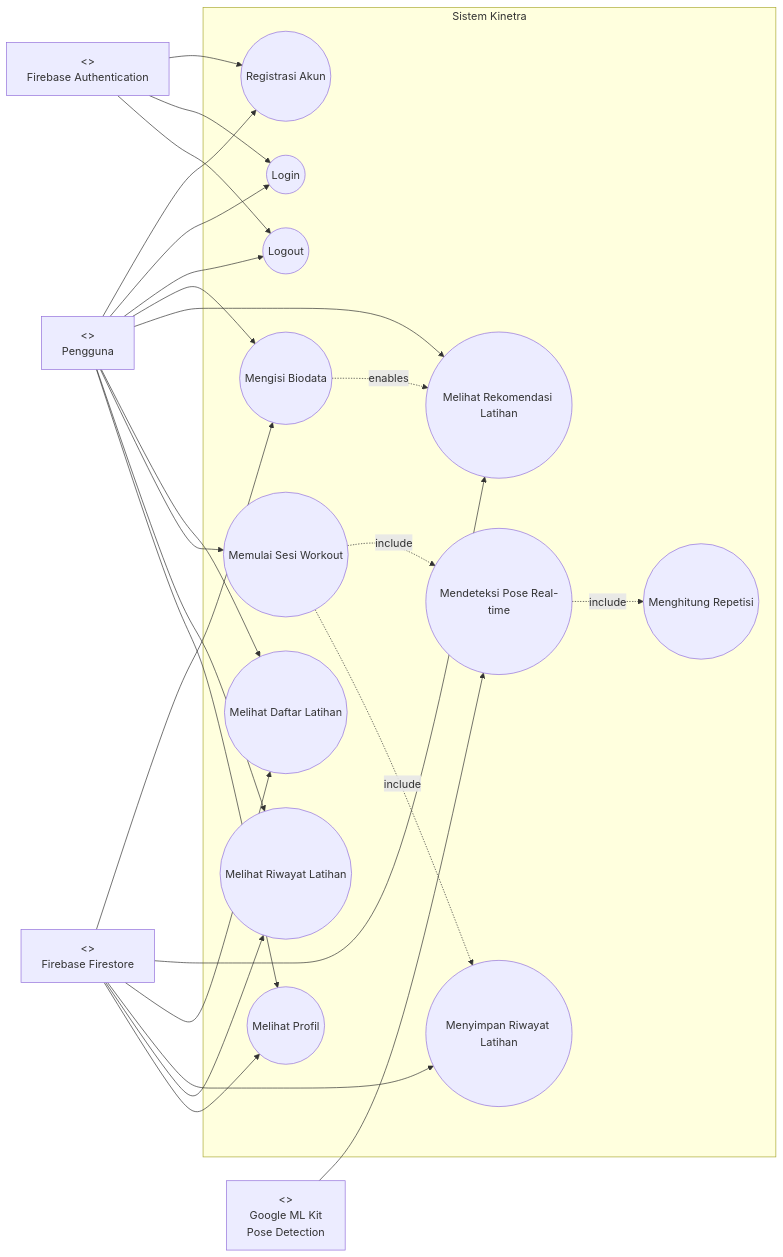
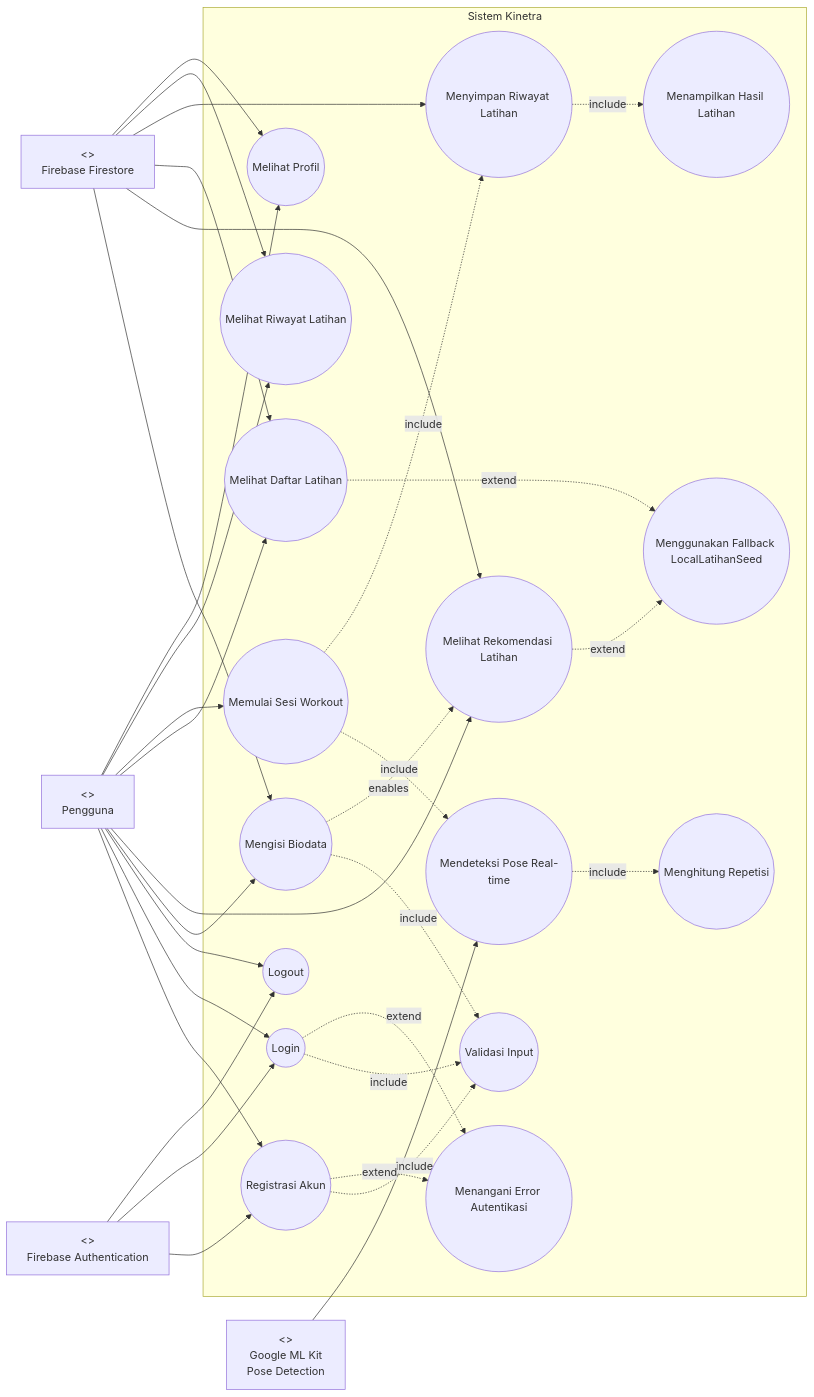
Before and after one commit to arifrachmatdx/Kinetra: the first of 26 diagrams in docs/uml.md, drawn with Mermaid. The commit also changed other lines of this file and 1 other file, not shown here.

Commit message:
docs: add detailed UML decisions and alternatives

````diff
--- a/docs/uml.md
+++ b/docs/uml.md
@@ -14,50 +14,62 @@
 ```mermaid
 flowchart LR
     Pengguna["<<actor>>\nPengguna"]
     MLKit["<<actor>>\nGoogle ML Kit\nPose Detection"]
     FirebaseAuth["<<actor>>\nFirebase Authentication"]
     Firestore["<<actor>>\nFirebase Firestore"]
 
     subgraph Sistem["Sistem Kinetra"]
         UCRegister(("Registrasi Akun"))
         UCLogin(("Login"))
         UCLogout(("Logout"))
         UCCompleteBiodata(("Mengisi Biodata"))
         UCRecommendation(("Melihat Rekomendasi Latihan"))
         UCBrowseWorkout(("Melihat Daftar Latihan"))
         UCStartWorkout(("Memulai Sesi Workout"))
         UCPoseDetection(("Mendeteksi Pose Real-time"))
         UCCountRep(("Menghitung Repetisi"))
         UCSaveHistory(("Menyimpan Riwayat Latihan"))
         UCViewHistory(("Melihat Riwayat Latihan"))
         UCViewProfile(("Melihat Profil"))
+        UCValidateInput(("Validasi Input"))
+        UCHandleAuthError(("Menangani Error Autentikasi"))
+        UCUseLocalSeed(("Menggunakan Fallback LocalLatihanSeed"))
+        UCShowResult(("Menampilkan Hasil Latihan"))
     end
 
     Pengguna --> UCRegister
     Pengguna --> UCLogin
     Pengguna --> UCLogout
     Pengguna --> UCCompleteBiodata
     Pengguna --> UCRecommendation
     Pengguna --> UCBrowseWorkout
     Pengguna --> UCStartWorkout
     Pengguna --> UCViewHistory
     Pengguna --> UCViewProfile
 
     FirebaseAuth --> UCRegister
     FirebaseAuth --> UCLogin
     FirebaseAuth --> UCLogout
 
     Firestore --> UCCompleteBiodata
     Firestore --> UCRecommendation
     Firestore --> UCBrowseWorkout
     Firestore --> UCSaveHistory
     Firestore --> UCViewHistory
     Firestore --> UCViewProfile
 
     MLKit --> UCPoseDetection
 
+    UCRegister -. include .-> UCValidateInput
+    UCLogin -. include .-> UCValidateInput
+    UCCompleteBiodata -. include .-> UCValidateInput
+    UCRegister -. extend .-> UCHandleAuthError
+    UCLogin -. extend .-> UCHandleAuthError
+    UCRecommendation -. extend .-> UCUseLocalSeed
+    UCBrowseWorkout -. extend .-> UCUseLocalSeed
     UCStartWorkout -. include .-> UCPoseDetection
     UCPoseDetection -. include .-> UCCountRep
     UCStartWorkout -. include .-> UCSaveHistory
+    UCSaveHistory -. include .-> UCShowResult
     UCCompleteBiodata -. enables .-> UCRecommendation
 ```
````
